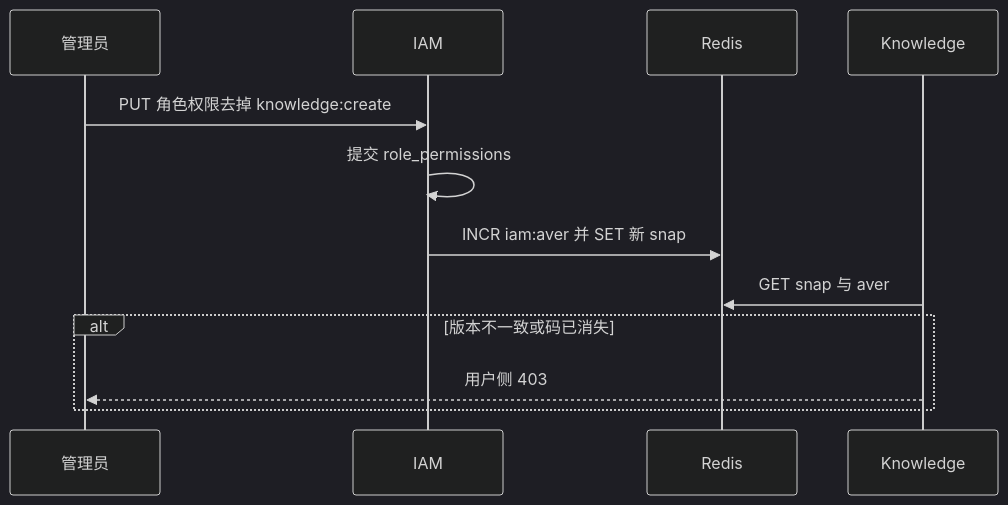
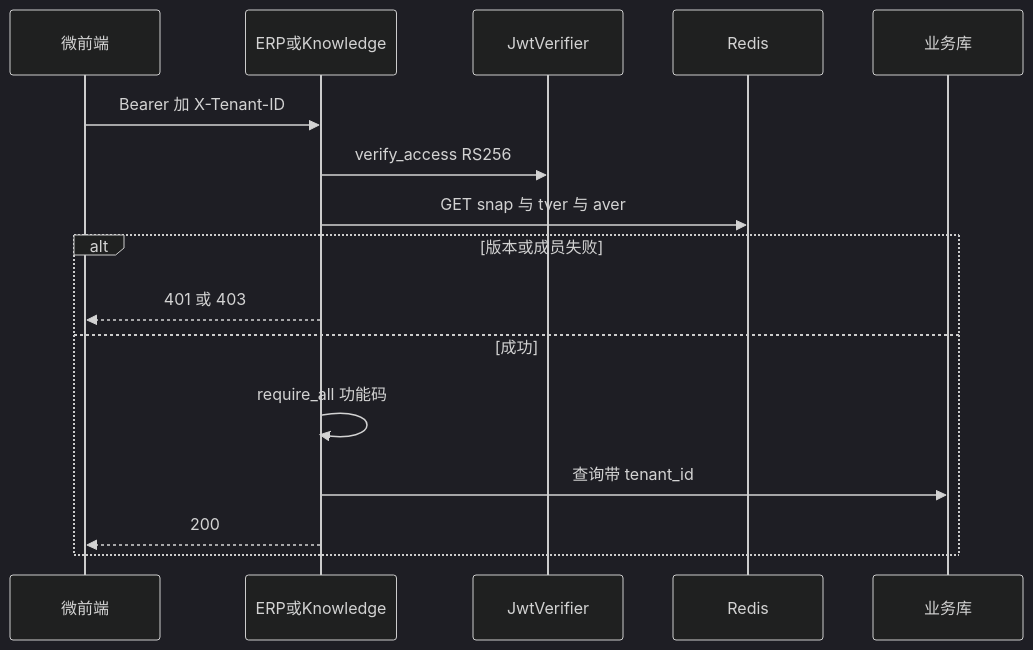
Before and after one commit to huochaigg/neorvion-erp: the sixth of 6 diagrams in docs/architecture/iam-authentication-authorization-guide.md, drawn with Mermaid (dark theme). The commit also changed other lines of this file and 2 other files, not shown here.

Commit message:
docs(iam): Neorvion IAM V1 架构手册 深度完善和优化

````diff
--- a/docs/architecture/iam-authentication-authorization-guide.md
+++ b/docs/architecture/iam-authentication-authorization-guide.md
@@ -570,14 +1117,18 @@
 ```mermaid
 sequenceDiagram
-  participant Admin as 管理员
-  participant IAM as IAM
+  participant FE as 微前端
+  participant SVC as ERP或Knowledge
+  participant JWT as JwtVerifier
   participant Redis as Redis
-  participant Know as Knowledge
-  Admin->>IAM: PUT 角色权限去掉 knowledge:create
-  IAM->>IAM: 提交 role_permissions
-  IAM->>Redis: INCR iam:aver 并 SET 新 snap
-  Know->>Redis: GET snap 与 aver
-  alt 版本不一致或码已消失
-    Know-->>Admin: 用户侧 403
+  participant DB as 业务库
+  FE->>SVC: Bearer 加 X-Tenant-ID
+  SVC->>JWT: verify_access RS256
+  SVC->>Redis: GET snap 与 tver 与 aver
+  alt 版本或成员失败
+    SVC-->>FE: 401 或 403
+  else 成功
+    SVC->>SVC: require_all 功能码
+    SVC->>DB: 查询带 tenant_id
+    SVC-->>FE: 200
   end
 ```
````
